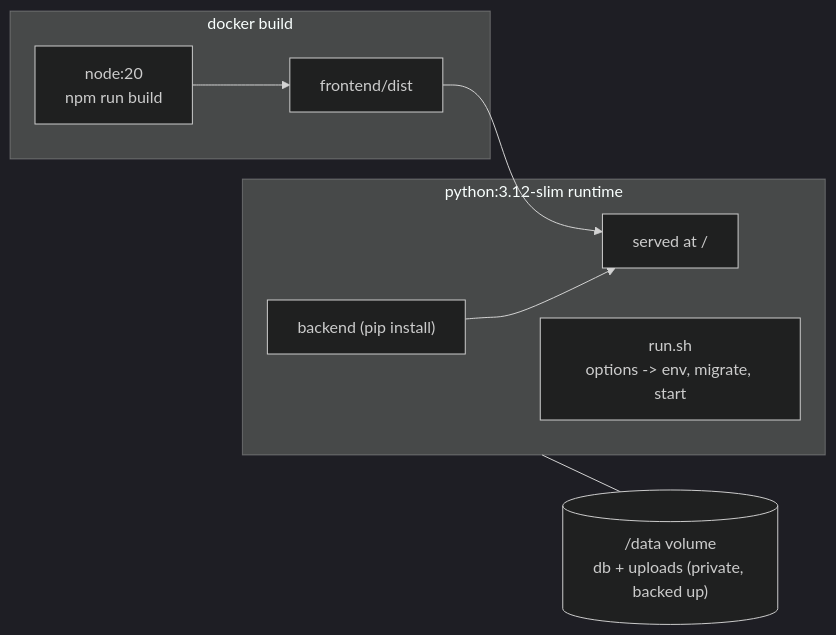
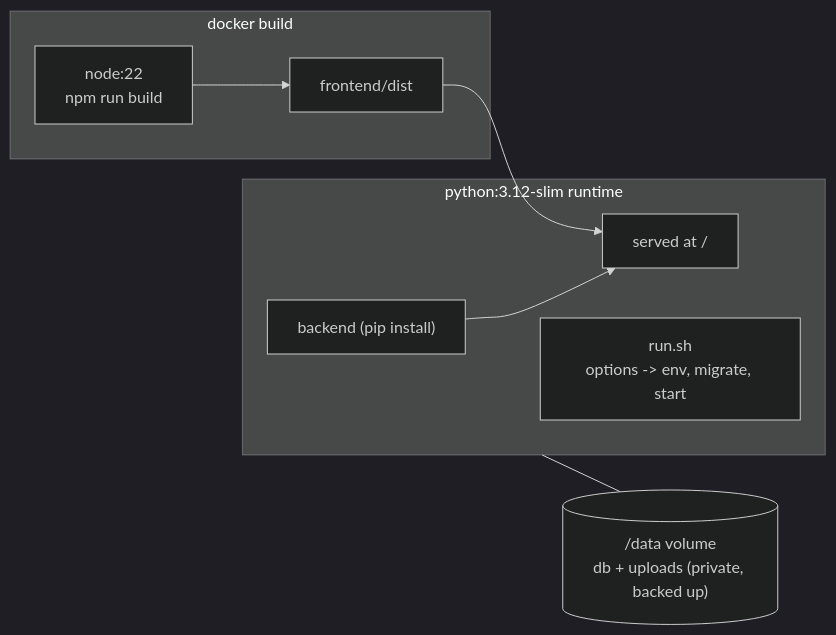
The fifth of 5 diagrams in docs/architecture.md (SpiritSLO-UK/HomeAssistant-expenses-analytics), drawn with Mermaid (dark theme) before and after one commit. The commit also changed other lines of this file and 8 other files, not shown here.

````diff
--- a/docs/architecture.md
+++ b/docs/architecture.md
@@ -111,14 +127,14 @@
 ```mermaid
 flowchart LR
   subgraph build["docker build"]
-    n["node:20<br/>npm run build"] --> dist["frontend/dist"]
+    n["node:22<br/>npm run build"] --> dist["frontend/dist"]
   end
   subgraph img["python:3.12-slim runtime"]
     be["backend (pip install)"]
     dist --> served["served at /"]
     be --> served
     run["run.sh<br/>options -> env, migrate, start"]
   end
   vol[("/data volume<br/>db + uploads (private, backed up)")]
   img --- vol
 ```
````
